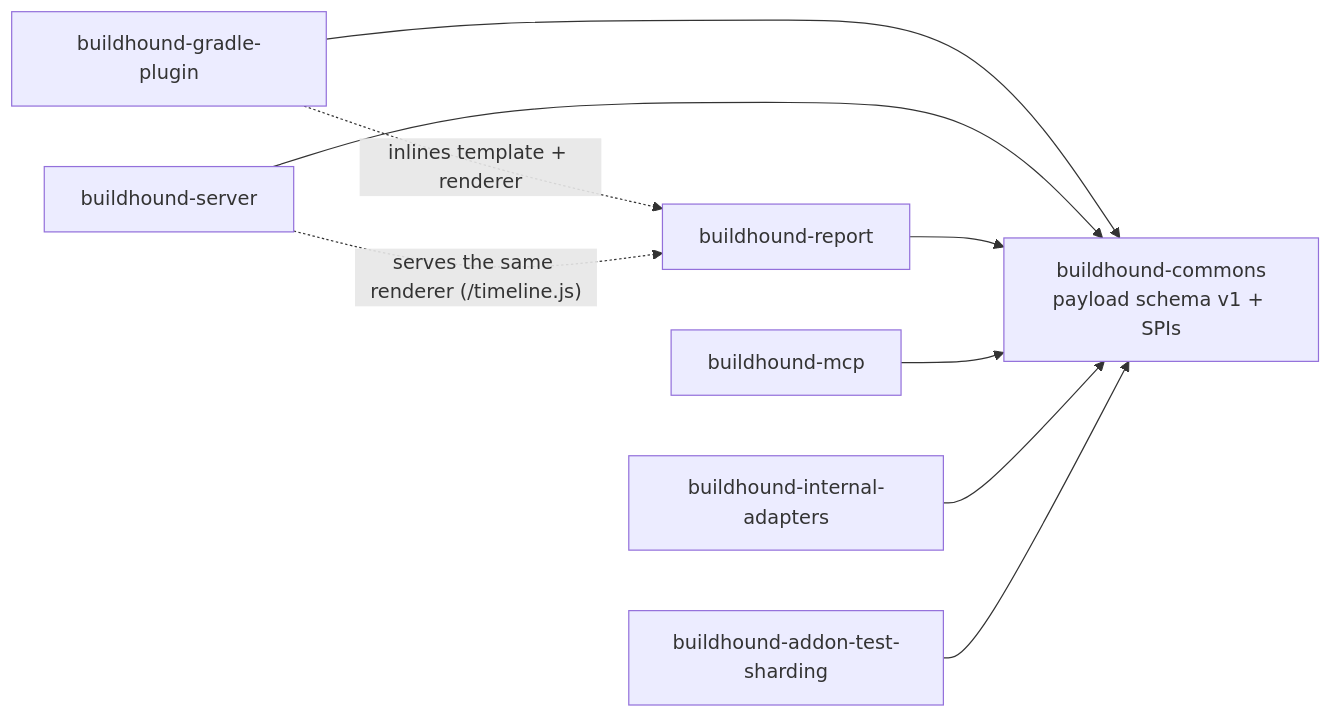
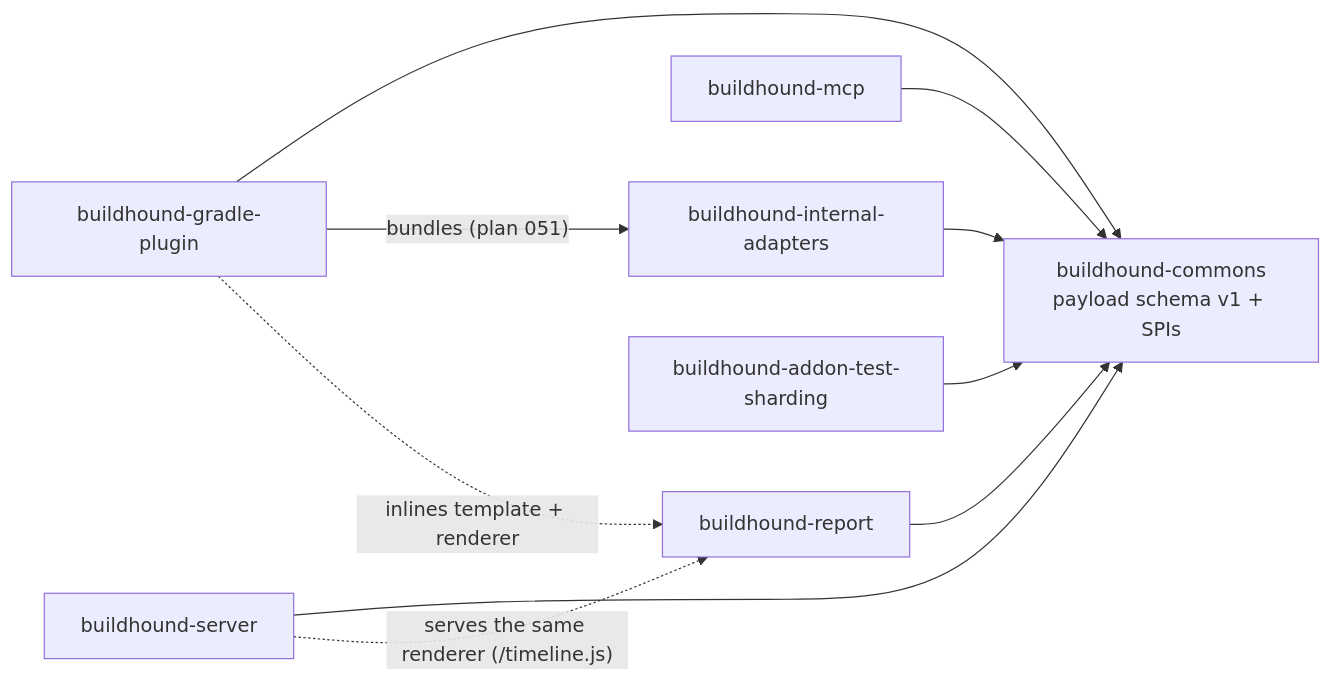
One commit to BuildHound/BuildHound changed the second of 3 diagrams in docs/architecture.md. Above: the diagram before and after it, drawn with Mermaid. The commit also changed other lines of this file and 19 other files, not shown here.

````diff
--- a/docs/architecture.md
+++ b/docs/architecture.md
@@ -60,19 +60,20 @@
 ```mermaid
 flowchart LR
     commons["buildhound-commons<br/>payload schema v1 + SPIs"]
     plugin["buildhound-gradle-plugin"]
     server["buildhound-server"]
     report["buildhound-report"]
     mcp["buildhound-mcp"]
     ia["buildhound-internal-adapters"]
     sharding["buildhound-addon-test-sharding"]
 
     plugin --> commons
     server --> commons
     report --> commons
     mcp --> commons
     ia --> commons
     sharding --> commons
+    plugin -- "bundles (plan 051)" --> ia
     plugin -. "inlines template + renderer" .-> report
     server -. "serves the same renderer (/timeline.js)" .-> report
 ```
````
